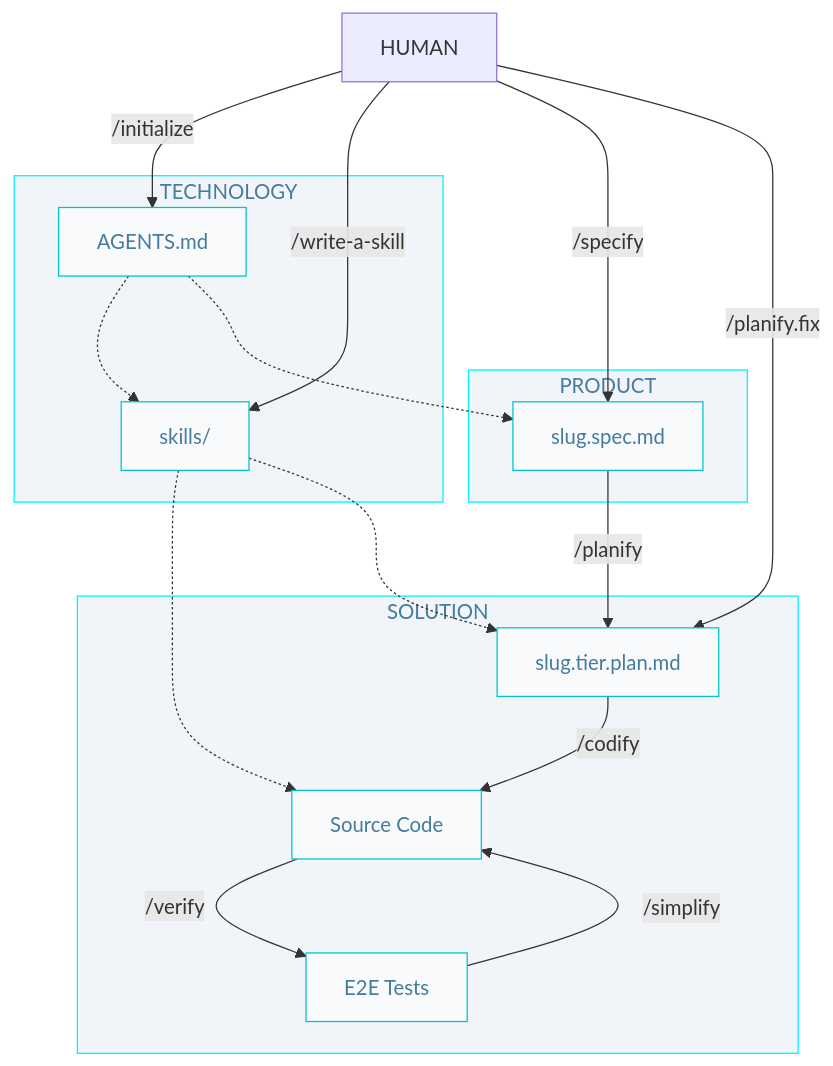
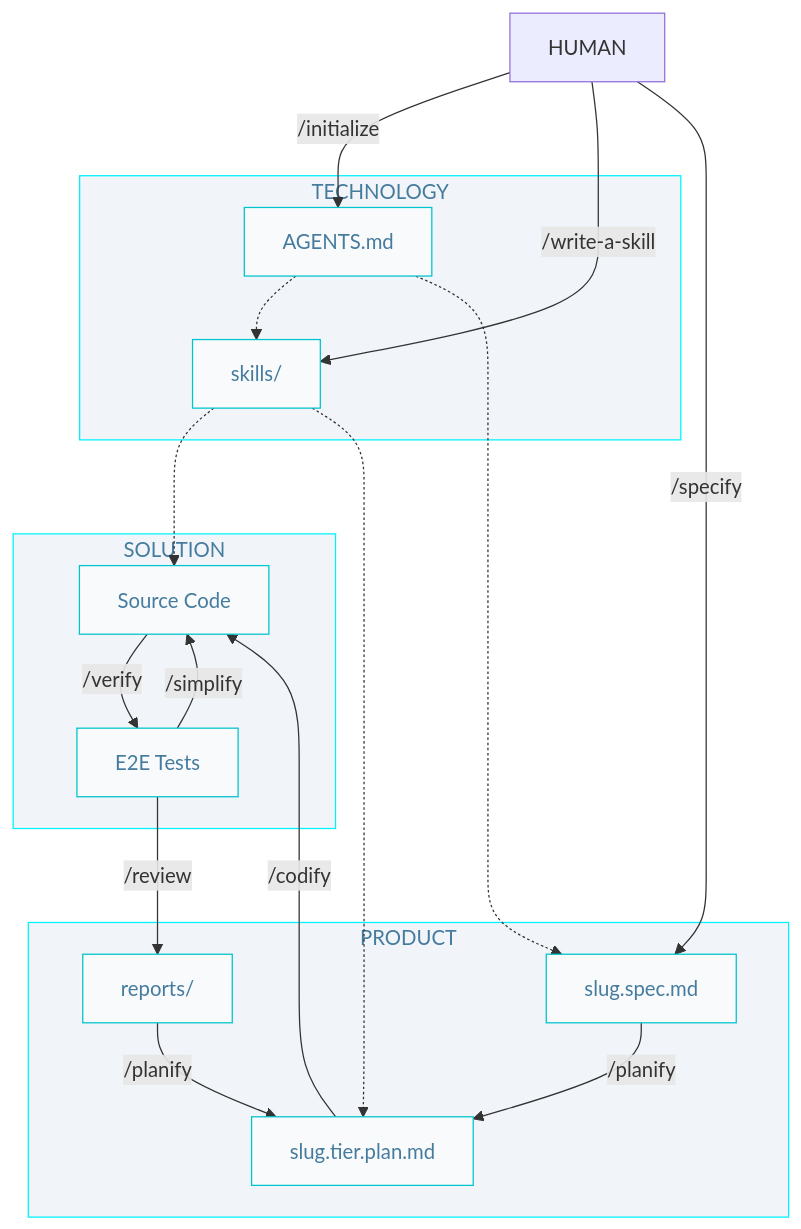
Before and after one commit to AIDDbot/AIDDbot: the diagram in docs/AIDD.workflow.md, drawn with Mermaid. The commit also changed other lines of this file and 7 other files, not shown here.

````diff
--- a/docs/AIDD.workflow.md
+++ b/docs/AIDD.workflow.md
@@ -3,37 +3,39 @@
 ```mermaid
 flowchart TD
   classDef nd fill:#f8fafc,stroke:#00c4cc,color:#457b9d
   classDef sg fill:#f1f5f9,stroke:#00f2ff,color:#457b9d 
 
   HUM[HUMAN]
 
   subgraph P["PRODUCT"]
       SPC["slug.spec.md"]:::nd
+      PLN["slug.tier.plan.md"]:::nd
+      RPT["reports/"]:::nd
   end
 
   subgraph T["TECHNOLOGY"]
       AGT["AGENTS.md"]:::nd
       SKL["skills/"]:::nd
   end  
 
   subgraph S["SOLUTION"]
-      PLN["slug.tier.plan.md"]:::nd
       COD[Source Code]:::nd
       E2E["E2E Tests"]:::nd
   end
 
   HUM -->|/initialize| AGT
   HUM -->|/write-a-skill| SKL
   HUM -->|/specify| SPC
-  HUM -->|/planify.fix| PLN
+  RPT -->|/planify| PLN
   AGT -.-> SKL
   AGT -.-> SPC
   SKL -.-> COD  
   SKL -.-> PLN
   SPC -->|/planify| PLN
   PLN -->|/codify| COD
   COD -->|/verify| E2E
   E2E -->|/simplify| COD
+  E2E -->|/review| RPT
 
   class P,T,S sg
 ```
````
